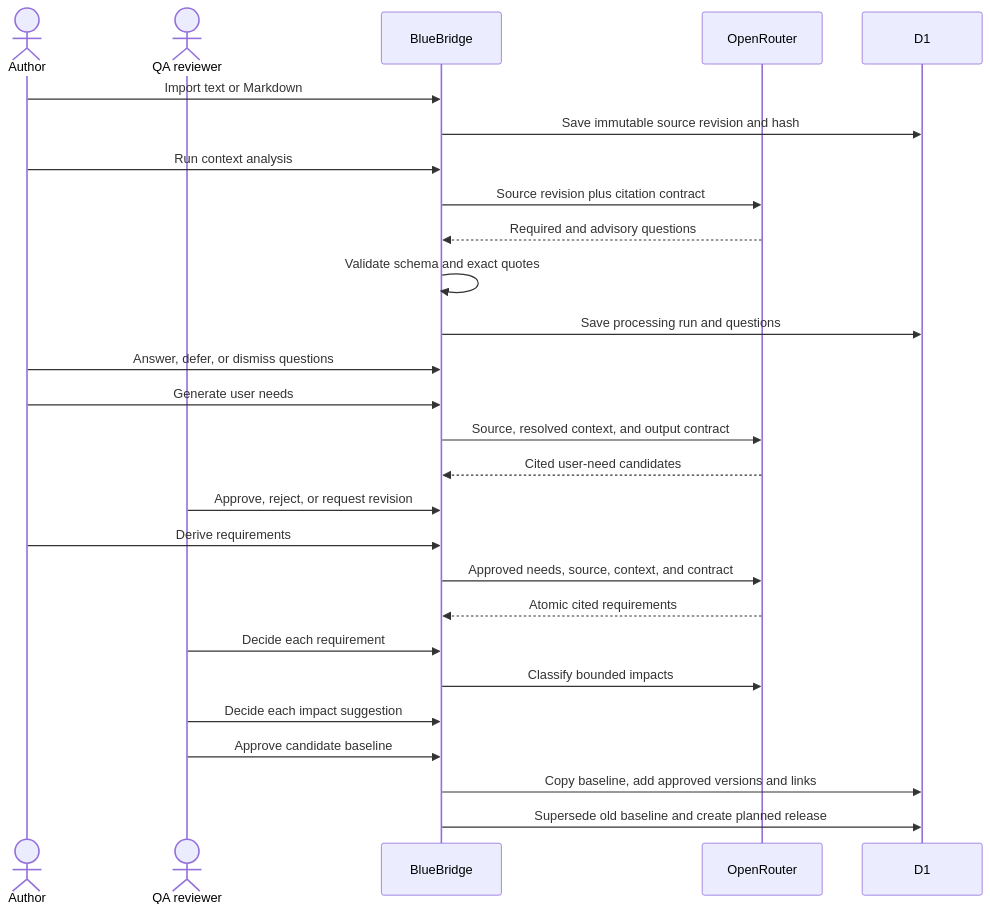
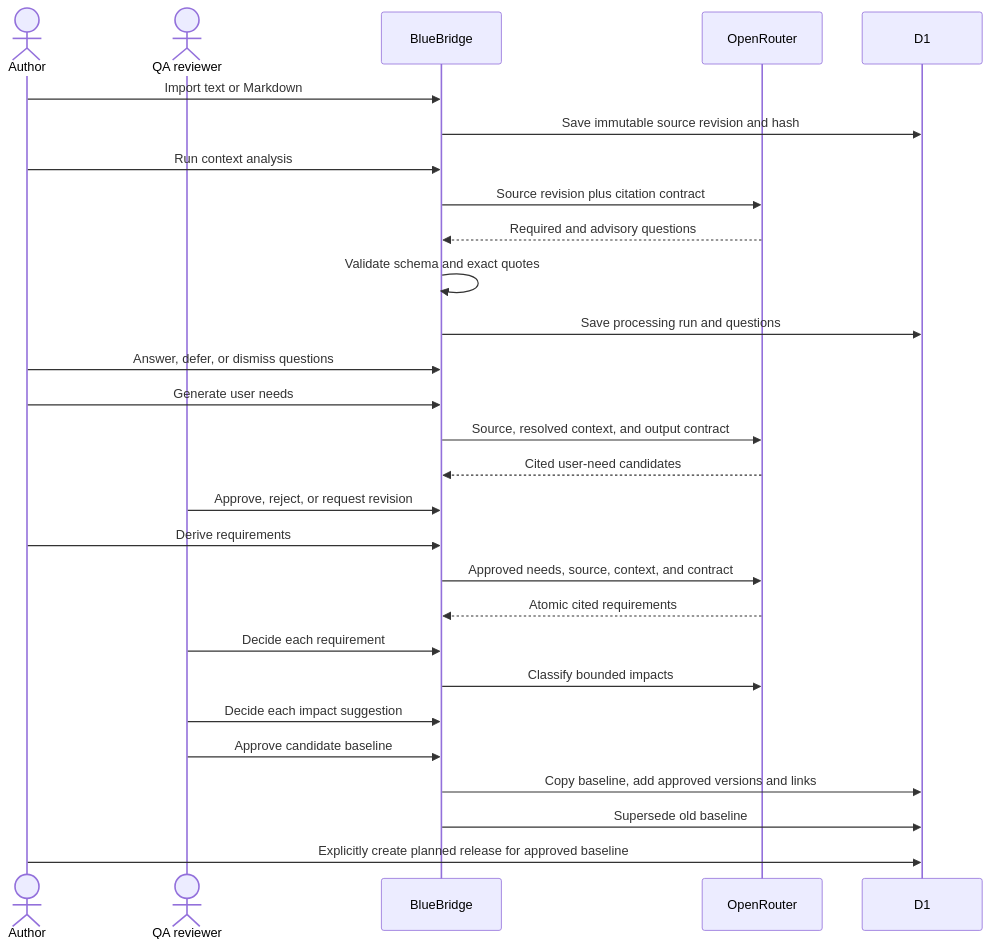
The third of 4 diagrams in docs/system-architecture.md (caffreit/rhythmreview-evidence-workspace), drawn with Mermaid before and after one commit. The commit also changed other lines of this file and 41 other files, not shown here.

````diff
--- a/docs/system-architecture.md
+++ b/docs/system-architecture.md
@@ -103,30 +103,31 @@
 ```mermaid
 sequenceDiagram
     actor A as Author
     actor Q as QA reviewer
     participant B as BlueBridge
     participant M as OpenRouter
     participant D as D1
 
     A->>B: Import text or Markdown
     B->>D: Save immutable source revision and hash
     A->>B: Run context analysis
     B->>M: Source revision plus citation contract
     M-->>B: Required and advisory questions
     B->>B: Validate schema and exact quotes
     B->>D: Save processing run and questions
     A->>B: Answer, defer, or dismiss questions
     A->>B: Generate user needs
     B->>M: Source, resolved context, and output contract
     M-->>B: Cited user-need candidates
     Q->>B: Approve, reject, or request revision
     A->>B: Derive requirements
     B->>M: Approved needs, source, context, and contract
     M-->>B: Atomic cited requirements
     Q->>B: Decide each requirement
     B->>M: Classify bounded impacts
     Q->>B: Decide each impact suggestion
     Q->>B: Approve candidate baseline
     B->>D: Copy baseline, add approved versions and links
-    B->>D: Supersede old baseline and create planned release
+    B->>D: Supersede old baseline
+    A->>D: Explicitly create planned release for approved baseline
 ```
````
